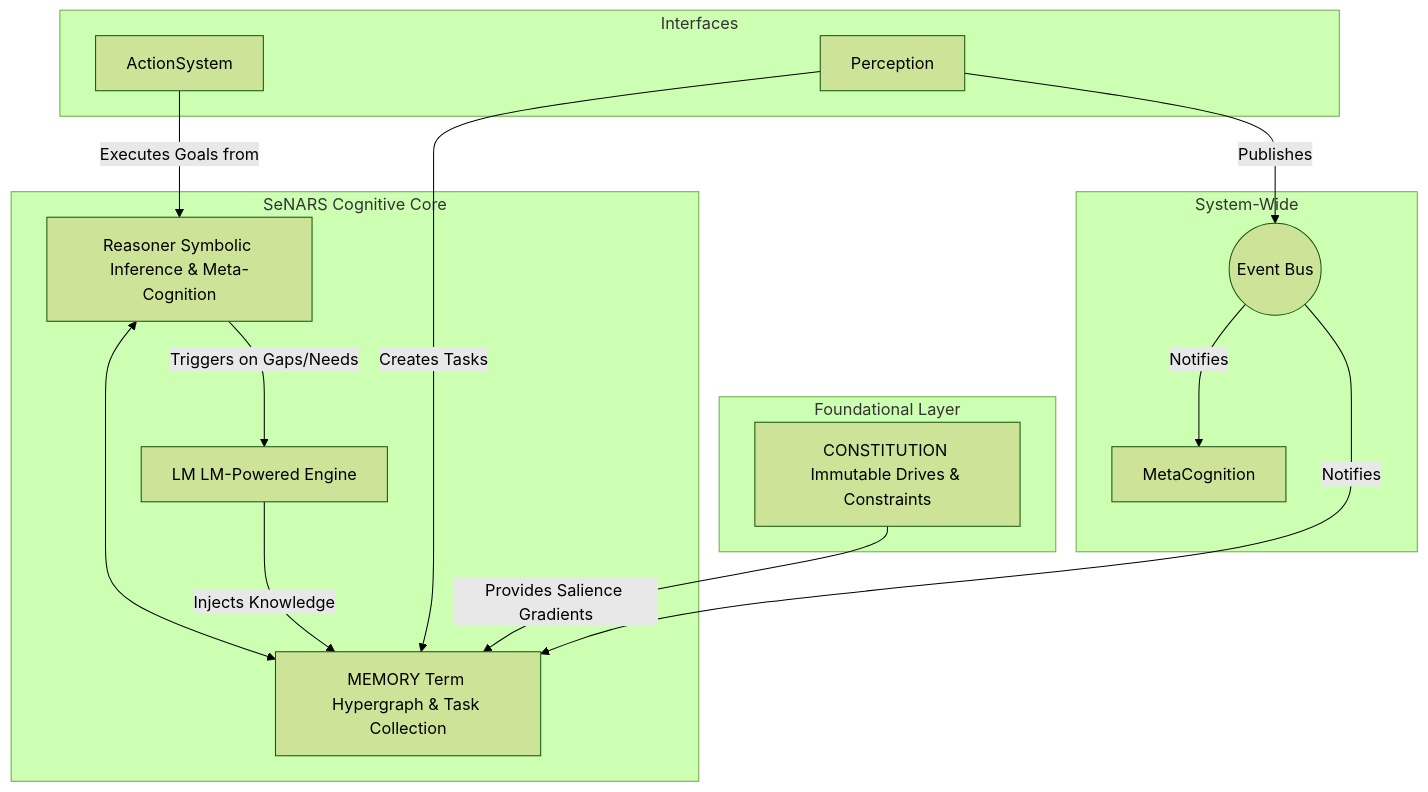
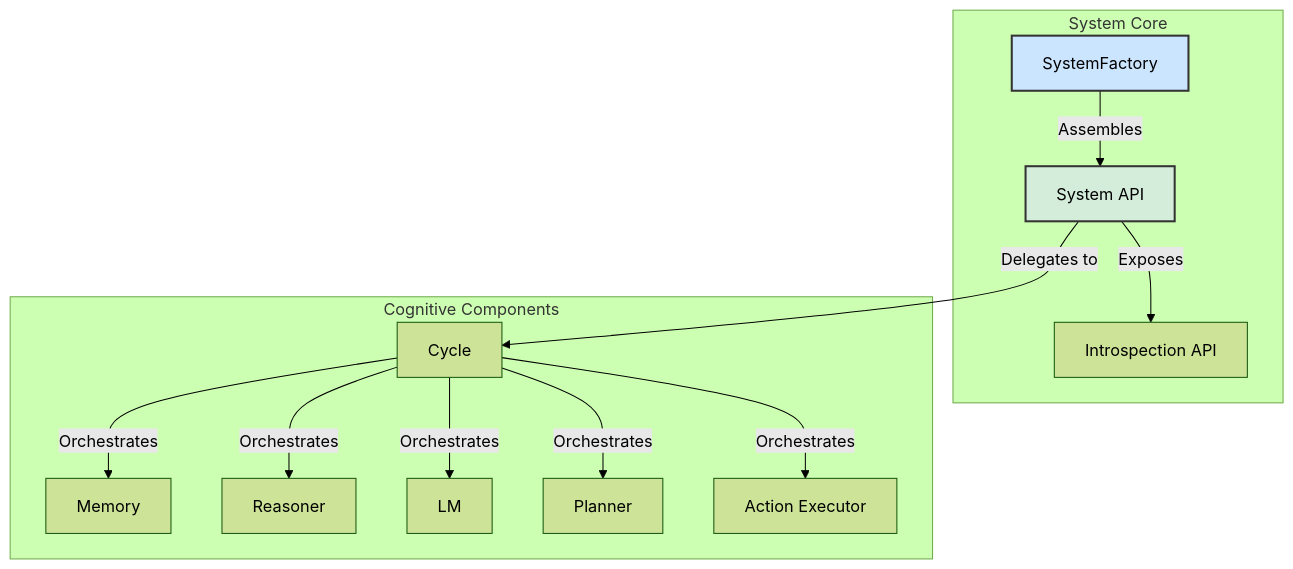
One commit to automenta/senars8 changed the diagram in README.md. Above: the diagram before and after it, drawn with Mermaid (forest theme). The commit also changed other lines of this file and 30 other files, not shown here.

First line of the commit message:
Refactor system for modularity, config, and introspection

````diff
--- a/README.md
+++ b/README.md
@@ -25,28 +27,29 @@
 ```mermaid
 graph TD
-    subgraph "SeNARS Cognitive Core"
-        Reasoner[Reasoner Symbolic Inference & Meta-Cognition]
-        Memory[MEMORY Term Hypergraph & Task Collection]
-        LM[LM LM-Powered Engine]
-
-        Reasoner <--> Memory
-        Reasoner -- Triggers on Gaps/Needs --> LM
-        LM -- Injects Knowledge --> Memory
+    subgraph "System Core"
+        A[System API]
+        F[SystemFactory]
+        I[Introspection API]
     end
 
-    subgraph "Interfaces"
-        Perception -- Creates Tasks --> Memory
-        ActionSystem -- Executes Goals from --> Reasoner
+    subgraph "Cognitive Components"
+        M[Memory]
+        R[Reasoner]
+        L[LM]
+        P[Planner]
+        AE[Action Executor]
+        C[Cycle]
     end
 
-    subgraph "Foundational Layer"
-        Constitution[CONSTITUTION Immutable Drives & Constraints] -- Provides Salience Gradients --> Memory
-    end
+    F -- Assembles --> A
+    A -- Exposes --> I
+    A -- Delegates to --> C
+    C -- Orchestrates --> M
+    C -- Orchestrates --> R
+    C -- Orchestrates --> L
+    C -- Orchestrates --> P
+    C -- Orchestrates --> AE
 
-    subgraph "System-Wide"
-        EventBus((Event Bus))
-        Perception -- Publishes --> EventBus
-        EventBus -- Notifies --> Memory
-        EventBus -- Notifies --> MetaCognition
-    end
+    style F fill:#cce5ff,stroke:#333,stroke-width:2px
+    style A fill:#d4edda,stroke:#333,stroke-width:2px
 ```
````
